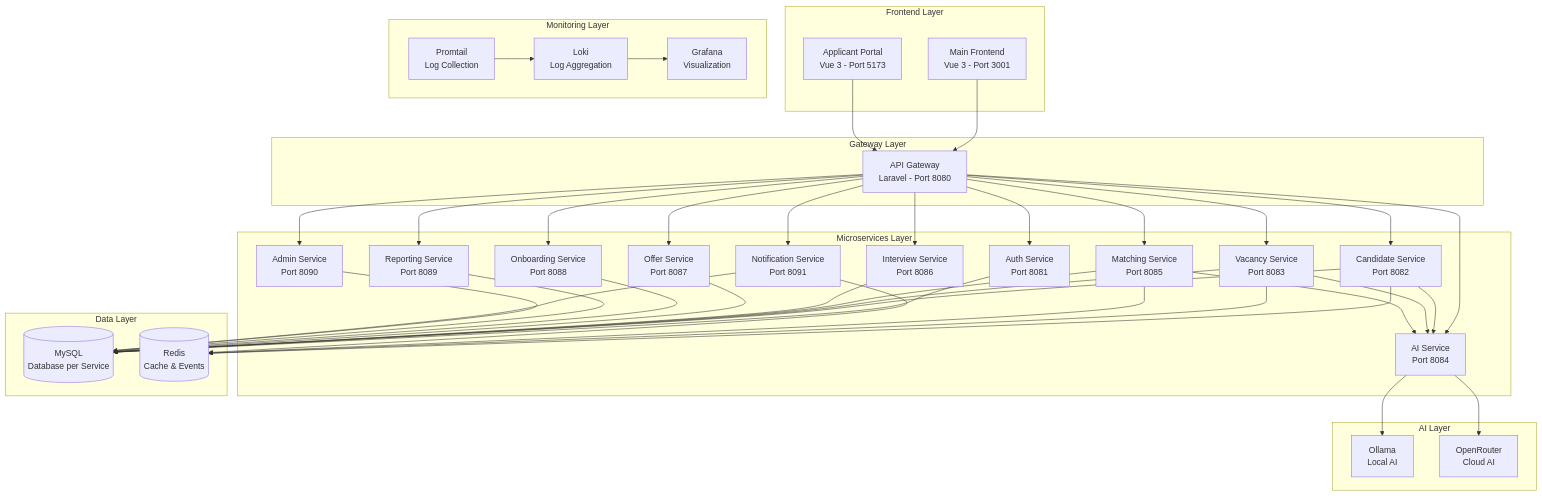
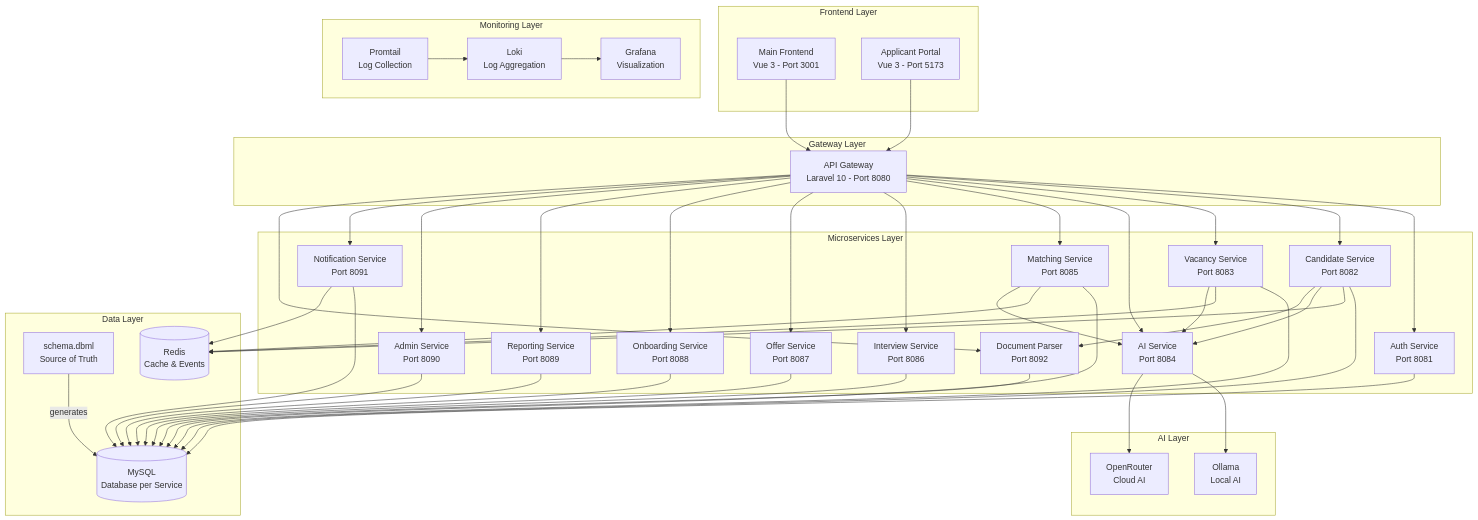
One commit to steelburn/candidacy changed the diagram in ARCHITECTURE.md. Above: the diagram before and after it, drawn with Mermaid. The commit also changed other lines of this file and 341 other files, not shown here.

```diff
--- a/ARCHITECTURE.md
+++ b/ARCHITECTURE.md
@@ -16,7 +16,7 @@
     end
     
     subgraph "Gateway Layer"
-        GW[API Gateway<br/>Laravel - Port 8080]
+        GW[API Gateway<br/>Laravel 10 - Port 8080]
     end
     
     subgraph "Microservices Layer"
@@ -31,9 +31,11 @@
         REP[Reporting Service<br/>Port 8089]
         ADM[Admin Service<br/>Port 8090]
         NOT[Notification Service<br/>Port 8091]
+        DOC[Document Parser<br/>Port 8092]
     end
     
     subgraph "Data Layer"
+        DBML[schema.dbml<br/>Source of Truth]
         MYSQL[(MySQL<br/>Database per Service)]
         REDIS[(Redis<br/>Cache & Events)]
     end
@@ -62,6 +64,9 @@
     GW --> REP
     GW --> ADM
     GW --> NOT
+    GW --> DOC
+    
+    DBML -- generates --> MYSQL
     
     AUTH --> MYSQL
     CAND --> MYSQL
@@ -73,6 +78,7 @@
     REP --> MYSQL
     ADM --> MYSQL
     NOT --> MYSQL
+    DOC --> MYSQL
     
     CAND --> REDIS
     VAC --> REDIS
@@ -84,6 +90,7 @@
     CAND --> AI
     VAC --> AI
     MATCH --> AI
+    CAND --> DOC
     
     PROMTAIL --> LOKI
     LOKI --> GRAFANA
```
